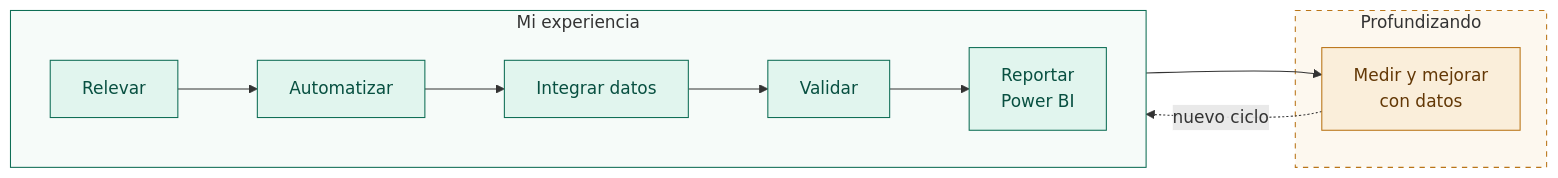
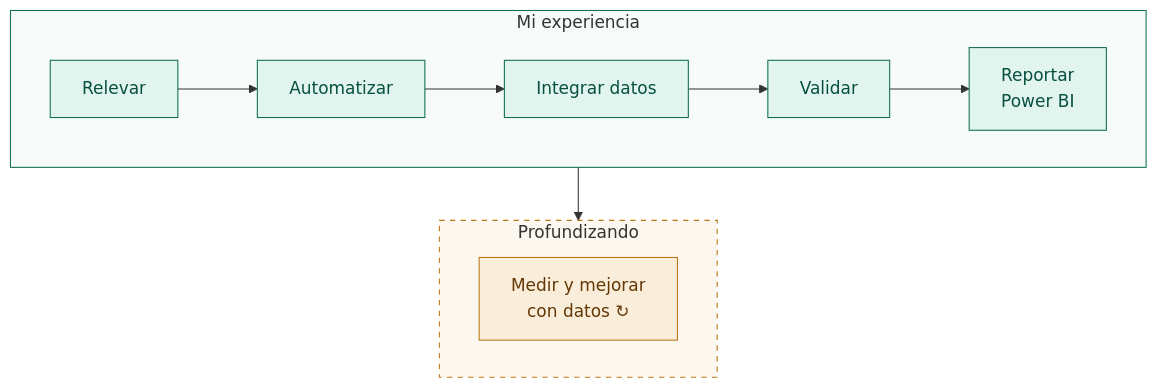
Before and after one commit to Ladydlozada/Ladydlozada: the diagram in README.md, drawn with Mermaid.

````diff
--- a/README.md
+++ b/README.md
@@ -7,18 +7,17 @@
 ```mermaid
-flowchart LR
+flowchart TB
     subgraph exp [Mi experiencia]
         direction LR
         A[Relevar] --> B[Automatizar] --> C[Integrar datos] --> D[Validar] --> E[Reportar<br/>Power BI]
     end
     subgraph prof [Profundizando]
-        F[Medir y mejorar<br/>con datos]
+        F[Medir y mejorar<br/>con datos ↻]
     end
-    E --> F
-    F -.->|nuevo ciclo| A
+    exp --> prof
     classDef experiencia fill:#E1F5EE,stroke:#0F6E56,color:#085041
     classDef aprendiendo fill:#FAEEDA,stroke:#BA7517,color:#633806
     class A,B,C,D,E experiencia
     class F aprendiendo
     style exp fill:#F6FBF9,stroke:#0F6E56
     style prof fill:#FDF8EF,stroke:#BA7517,stroke-dasharray: 5 5
 ```
````
